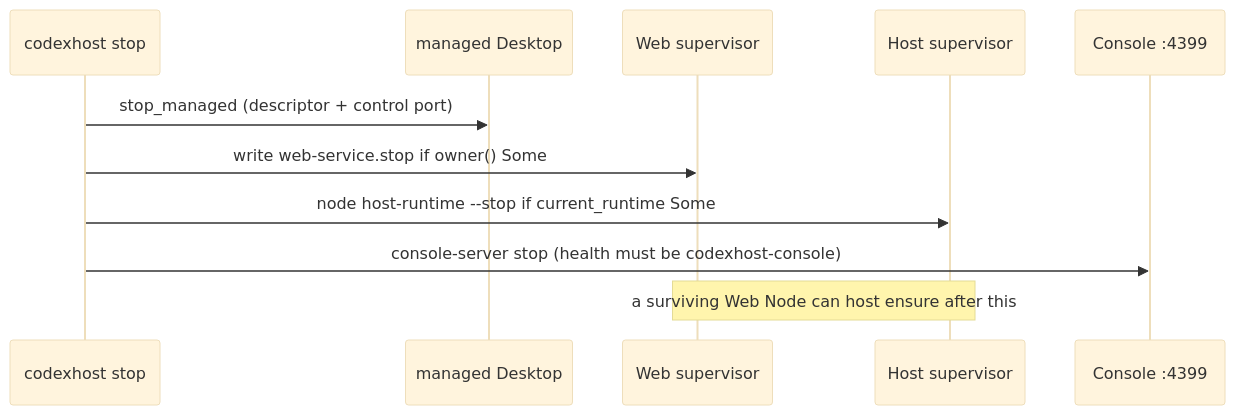
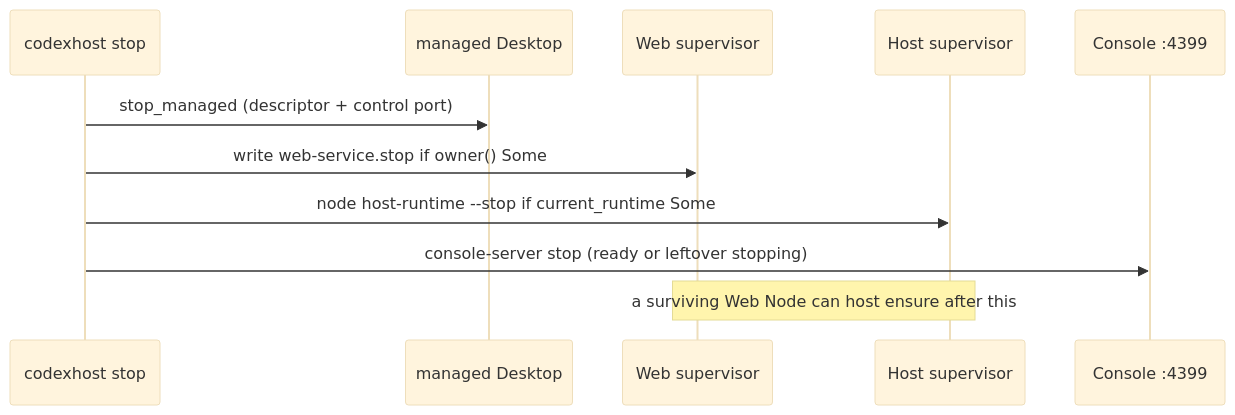
The diagram in docs/architecture/instance-lifecycle/03-module-stop-web-console.md (karlorz/codex-host), drawn with Mermaid (base theme) before and after one commit. The commit also changed other lines of this file and 11 other files, not shown here.

First line of the commit message:
fix: handshake Console stop without SIGTERM during in-process stop

````diff
--- a/docs/architecture/instance-lifecycle/03-module-stop-web-console.md
+++ b/docs/architecture/instance-lifecycle/03-module-stop-web-console.md
@@ -34,13 +34,13 @@
 ```mermaid
 sequenceDiagram
   participant CLI as codexhost stop
   participant GUI as managed Desktop
   participant Web as Web supervisor
   participant Host as Host supervisor
   participant Con as Console :4399
   CLI->>GUI: stop_managed (descriptor + control port)
   CLI->>Web: write web-service.stop if owner() Some
   CLI->>Host: node host-runtime --stop if current_runtime Some
-  CLI->>Con: console-server stop (health must be codexhost-console)
+  CLI->>Con: console-server stop (ready or leftover stopping)
   Note over Web,Host: a surviving Web Node can host ensure after this
 ```
````
